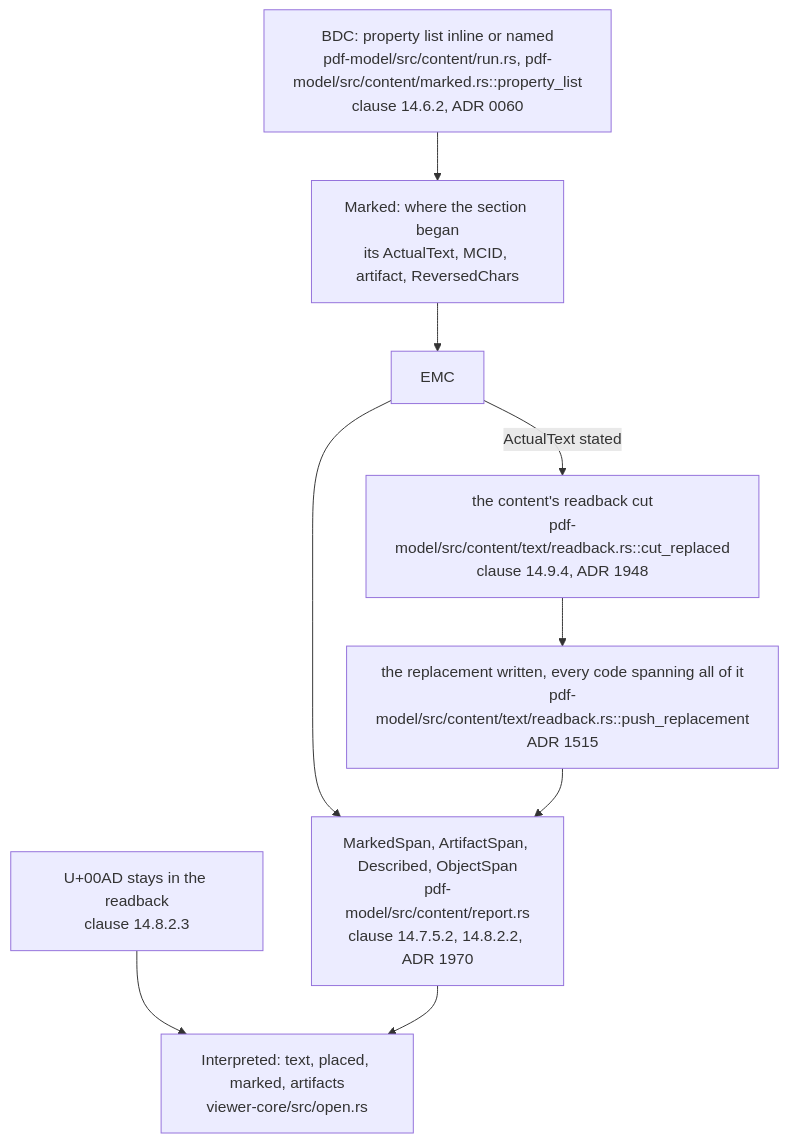
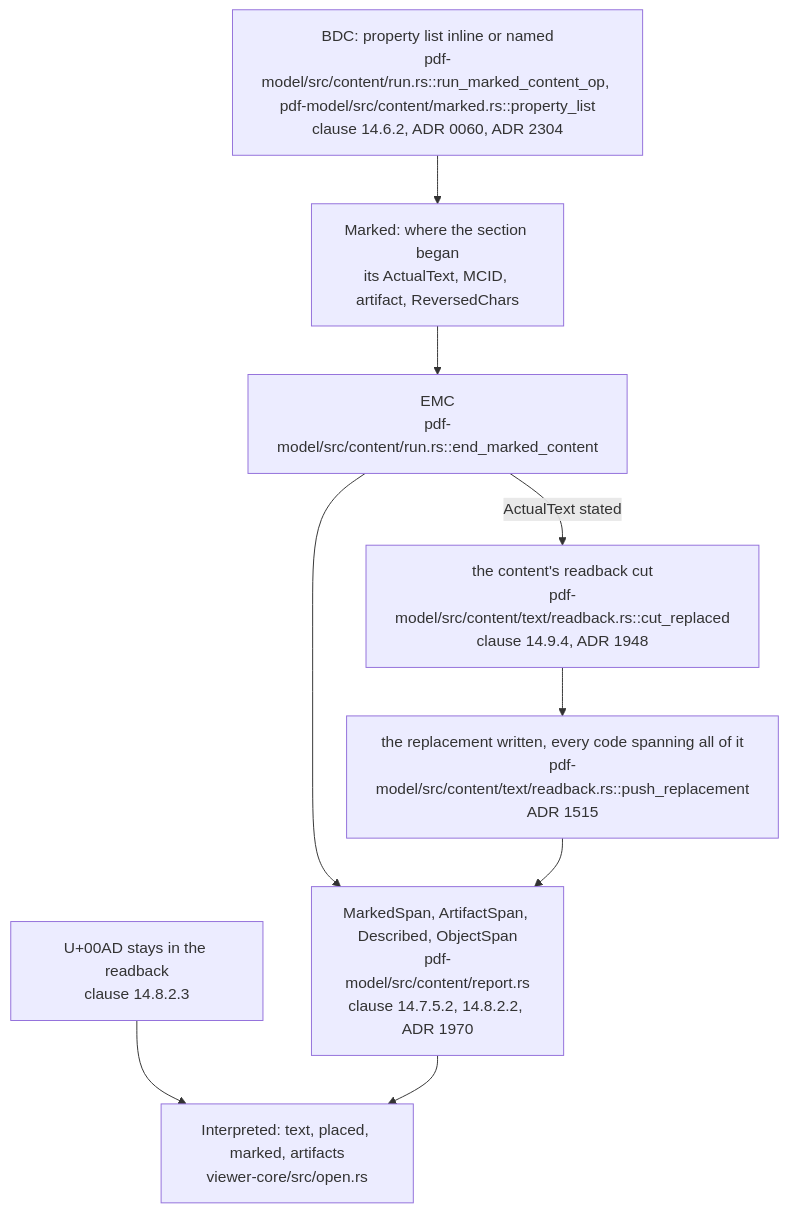
The third of 6 diagrams in doc/teaching/how-text-is-selected-and-copied.md (close2/pdf-viewer), drawn with Mermaid before and after one commit. The commit also changed other lines of this file and 108 other files, not shown here.

````diff
--- a/doc/teaching/how-text-is-selected-and-copied.md
+++ b/doc/teaching/how-text-is-selected-and-copied.md
@@ -265,20 +268,20 @@
 ```mermaid
 flowchart TD
-    BDC["BDC: property list inline or named<br/>pdf-model/src/content/run.rs, pdf-model/src/content/marked.rs::property_list<br/>clause 14.6.2, ADR 0060"]
+    BDC["BDC: property list inline or named<br/>pdf-model/src/content/run.rs::run_marked_content_op, pdf-model/src/content/marked.rs::property_list<br/>clause 14.6.2, ADR 0060, ADR 2304"]
     OPEN["Marked: where the section began<br/>its ActualText, MCID, artifact, ReversedChars"]
-    EMC["EMC"]
+    EMC["EMC<br/>pdf-model/src/content/run.rs::end_marked_content"]
     CUT["the content's readback cut<br/>pdf-model/src/content/text/readback.rs::cut_replaced<br/>clause 14.9.4, ADR 1948"]
     REPL["the replacement written, every code spanning all of it<br/>pdf-model/src/content/text/readback.rs::push_replacement<br/>ADR 1515"]
     SHY["U+00AD stays in the readback<br/>clause 14.8.2.3"]
     SPANS["MarkedSpan, ArtifactSpan, Described, ObjectSpan<br/>pdf-model/src/content/report.rs<br/>clause 14.7.5.2, 14.8.2.2, ADR 1970"]
     KEPT["Interpreted: text, placed, marked, artifacts<br/>viewer-core/src/open.rs"]
 
     BDC --> OPEN
     OPEN --> EMC
     EMC -->|"ActualText stated"| CUT
     CUT --> REPL
     EMC --> SPANS
     REPL --> SPANS
     SHY --> KEPT
     SPANS --> KEPT
 ```
````
